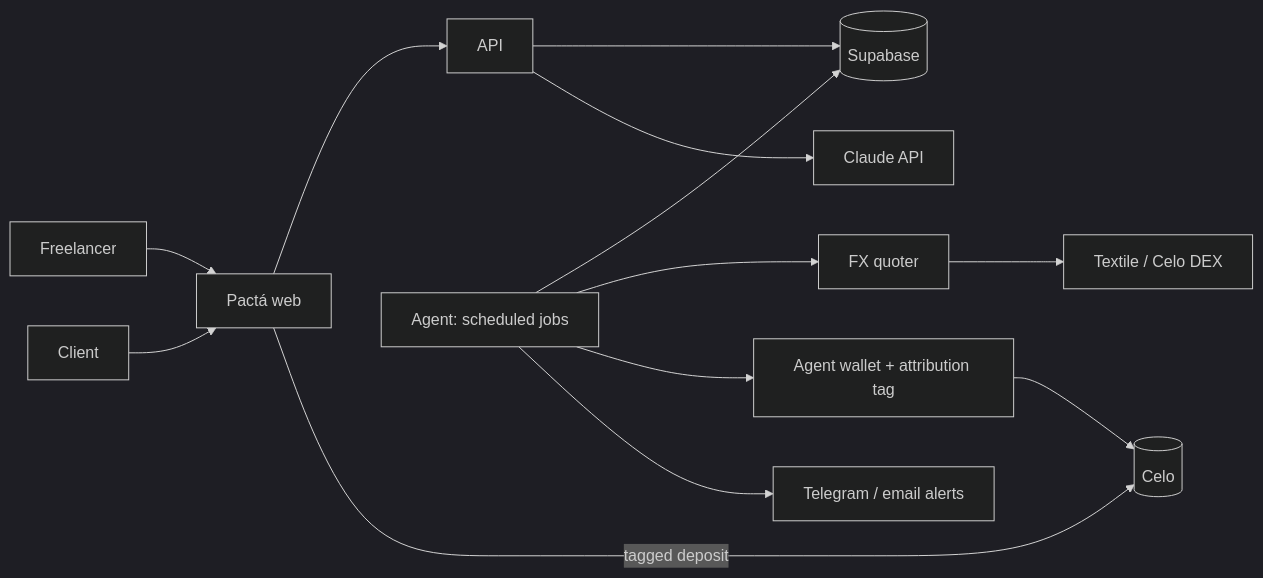
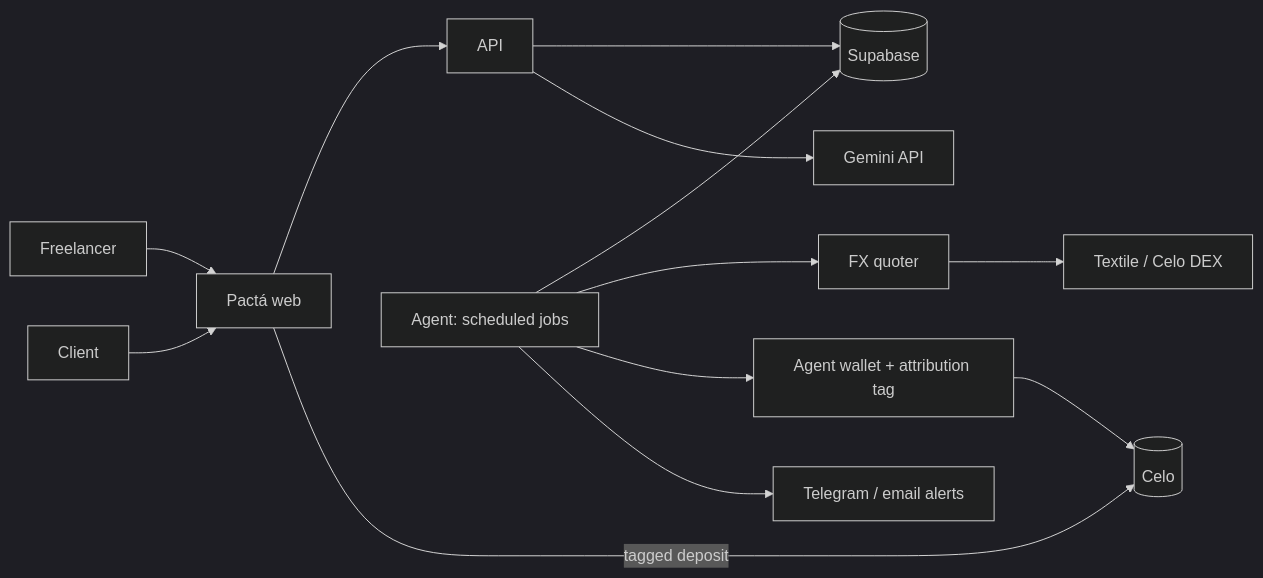
The second of 2 diagrams in README.md (marianelavflora/pacta), drawn with Mermaid (dark theme) before and after one commit. The commit also changed other lines of this file, not shown here.

First line of the commit message:
README: primera conversión real wARS -> wBRL en mainnet y el intake usa Gemini

````diff
--- a/README.md
+++ b/README.md
@@ -56,15 +56,15 @@
 ```mermaid
 flowchart LR
   F[Freelancer] --> W[Pactá web]
   C[Client] --> W
   W --> API[API]
   API --> DB[(Supabase)]
-  API --> IA[Claude API]
+  API --> IA[Gemini API]
   AG[Agent: scheduled jobs] --> DB
   AG --> FX[FX quoter]
   FX --> TX[Textile / Celo DEX]
   AG --> WAL[Agent wallet + attribution tag]
   WAL --> CELO[(Celo)]
   W -- tagged deposit --> CELO
   AG --> N[Telegram / email alerts]
 ```
````
